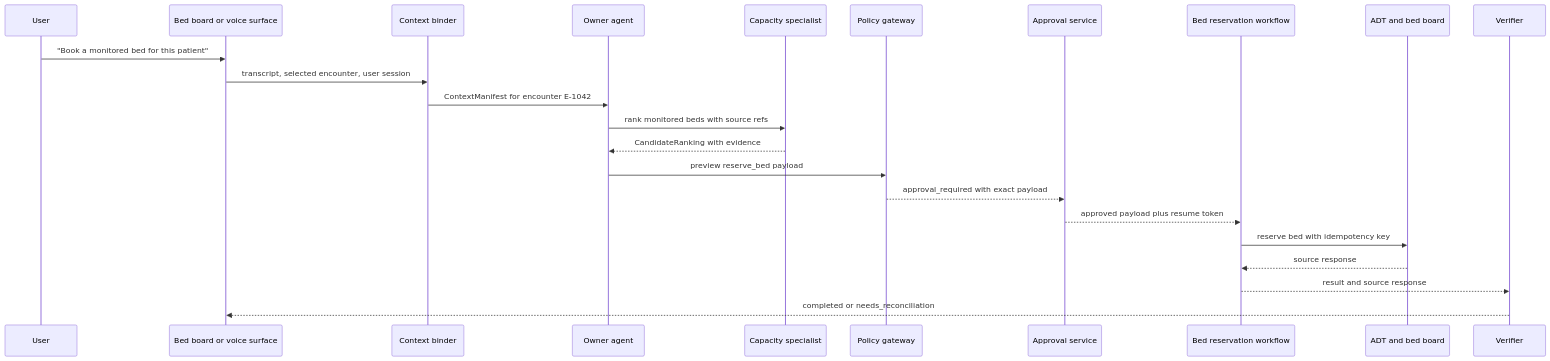
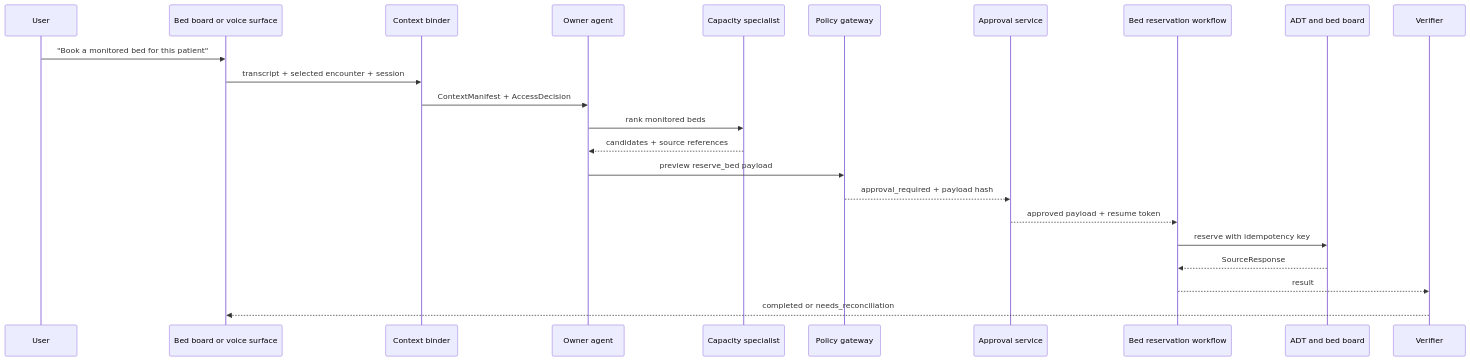
The second of 3 diagrams in wiki/deep-agent-application-architecture.qmd (capableguptadotcom/agents-wiki), drawn with Mermaid before and after one commit. The commit also changed other lines of this file, not shown here.

Commit message:
Tighten deep agent architecture context

````diff
--- a/wiki/deep-agent-application-architecture.qmd
+++ b/wiki/deep-agent-application-architecture.qmd
@@ -183,26 +134,26 @@
 ```{mermaid}
 sequenceDiagram
   participant User
   participant Surface as Bed board or voice surface
   participant Binder as Context binder
-  participant Owner as Owner agent
+  participant Runtime as Owner agent
   participant Capacity as Capacity specialist
   participant Policy as Policy gateway
   participant Approval as Approval service
   participant Workflow as Bed reservation workflow
   participant Source as ADT and bed board
   participant Verify as Verifier
 
   User->>Surface: "Book a monitored bed for this patient"
-  Surface->>Binder: transcript, selected encounter, user session
-  Binder->>Owner: ContextManifest for encounter E-1042
-  Owner->>Capacity: rank monitored beds with source refs
-  Capacity-->>Owner: CandidateRanking with evidence
-  Owner->>Policy: preview reserve_bed payload
-  Policy-->>Approval: approval_required with exact payload
-  Approval-->>Workflow: approved payload plus resume token
-  Workflow->>Source: reserve bed with idempotency key
-  Source-->>Workflow: source response
-  Workflow-->>Verify: result and source response
+  Surface->>Binder: transcript + selected encounter + session
+  Binder->>Runtime: ContextManifest + AccessDecision
+  Runtime->>Capacity: rank monitored beds
+  Capacity-->>Runtime: candidates + source references
+  Runtime->>Policy: preview reserve_bed payload
+  Policy-->>Approval: approval_required + payload hash
+  Approval-->>Workflow: approved payload + resume token
+  Workflow->>Source: reserve with idempotency key
+  Source-->>Workflow: SourceResponse
+  Workflow-->>Verify: result
   Verify-->>Surface: completed or needs_reconciliation
 ```
````
